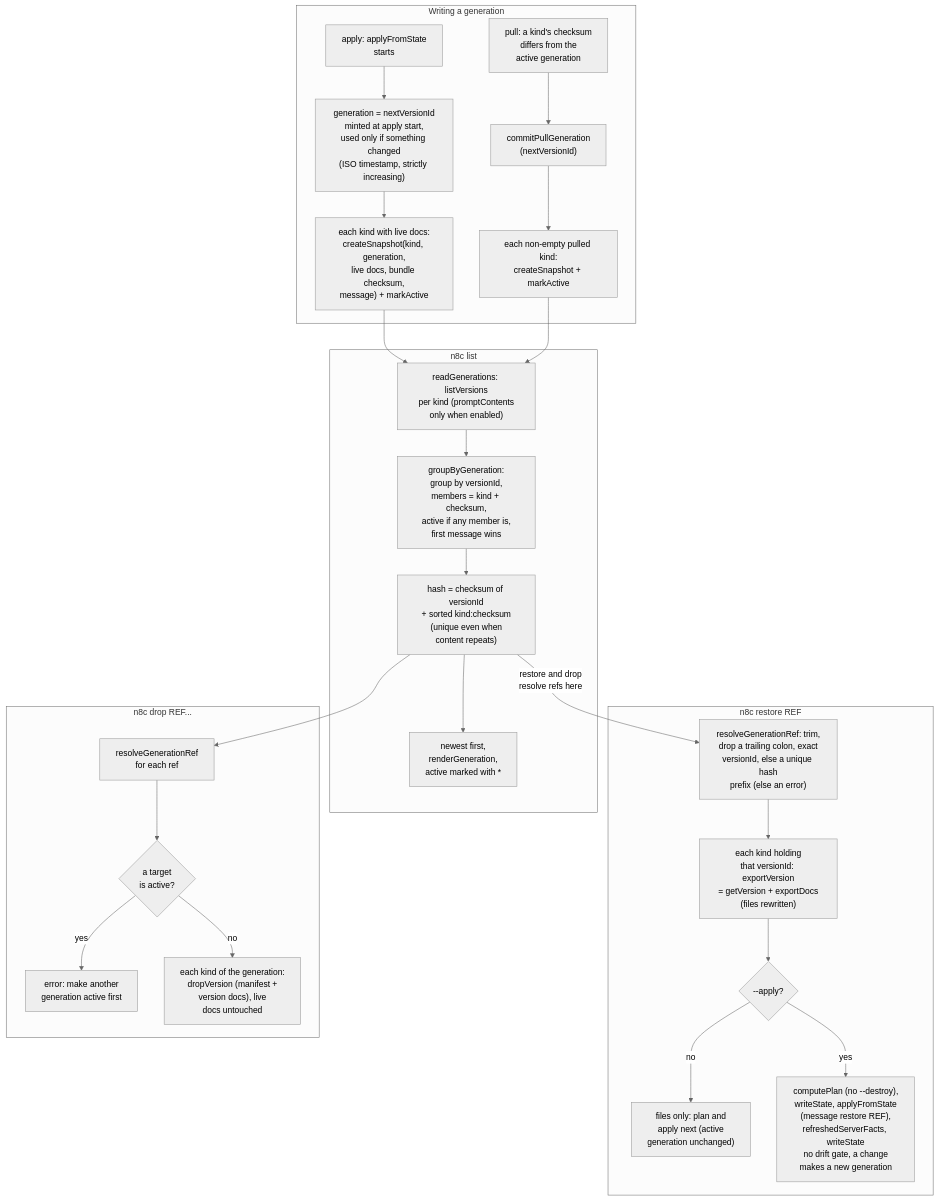
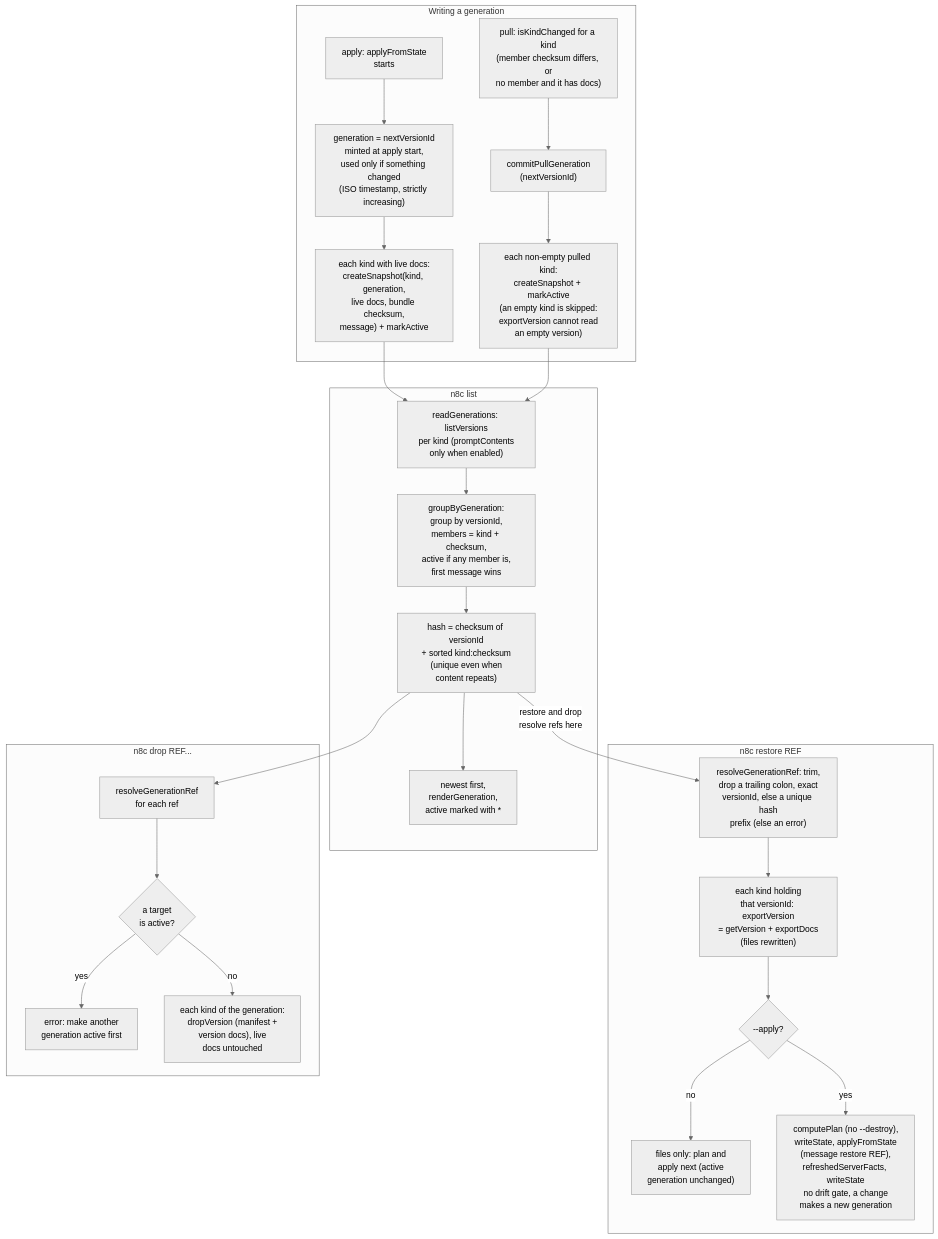
Before and after one commit to nullseal/n8c: the eighth of 15 diagrams in docs/ARCHITECTURE.md, drawn with Mermaid (neutral theme). The commit also changed other lines of this file and 5 other files, not shown here.

First line of the commit message:
fix: pull no longer creates a generation for an always-empty kind

````diff
--- a/docs/ARCHITECTURE.md
+++ b/docs/ARCHITECTURE.md
@@ -503,29 +505,29 @@
 ```mermaid
 flowchart TD
     subgraph WRITE["Writing a generation"]
         AP["apply: applyFromState<br/>starts"] --> G1["generation = nextVersionId<br/>minted at apply start,<br/>used only if something changed<br/>(ISO timestamp, strictly increasing)"]
         G1 --> SNAP["each kind with live docs:<br/>createSnapshot(kind, generation,<br/>live docs, bundle checksum,<br/>message) + markActive"]
-        PL["pull: a kind's checksum<br/>differs from the<br/>active generation"] --> G2["commitPullGeneration<br/>(nextVersionId)"]
-        G2 --> SNAP2["each non-empty pulled kind:<br/>createSnapshot + markActive"]
+        PL["pull: isKindChanged for a kind<br/>(member checksum differs, or<br/>no member and it has docs)"] --> G2["commitPullGeneration<br/>(nextVersionId)"]
+        G2 --> SNAP2["each non-empty pulled kind:<br/>createSnapshot + markActive<br/>(an empty kind is skipped:<br/>exportVersion cannot read<br/>an empty version)"]
     end
     subgraph LIST["n8c list"]
         RG["readGenerations: listVersions<br/>per kind (promptContents<br/>only when enabled)"] --> GB["groupByGeneration:<br/>group by versionId,<br/>members = kind + checksum,<br/>active if any member is,<br/>first message wins"]
         GB --> H["hash = checksum of versionId<br/>+ sorted kind:checksum<br/>(unique even when<br/>content repeats)"]
         H --> SORT["newest first,<br/>renderGeneration,<br/>active marked with *"]
     end
     SNAP --> RG
     SNAP2 --> RG
     H -->|"restore and drop<br/>resolve refs here"| R1
     H --> D1
     subgraph RESTORE["n8c restore REF"]
         R1["resolveGenerationRef: trim,<br/>drop a trailing colon, exact<br/>versionId, else a unique hash<br/>prefix (else an error)"] --> R2["each kind holding<br/>that versionId: exportVersion<br/>= getVersion + exportDocs<br/>(files rewritten)"]
         R2 --> R3{"--apply?"}
         R3 -->|"no"| R4["files only: plan and<br/>apply next (active<br/>generation unchanged)"]
         R3 -->|"yes"| R5["computePlan (no --destroy),<br/>writeState, applyFromState<br/>(message restore REF),<br/>refreshedServerFacts, writeState<br/>no drift gate, a change<br/>makes a new generation"]
     end
     subgraph DROP["n8c drop REF..."]
         D1["resolveGenerationRef<br/>for each ref"] --> D2{"a target<br/>is active?"}
         D2 -->|"yes"| D3["error: make another<br/>generation active first"]
         D2 -->|"no"| D4["each kind of the generation:<br/>dropVersion (manifest +<br/>version docs), live<br/>docs untouched"]
     end
 ```
````
